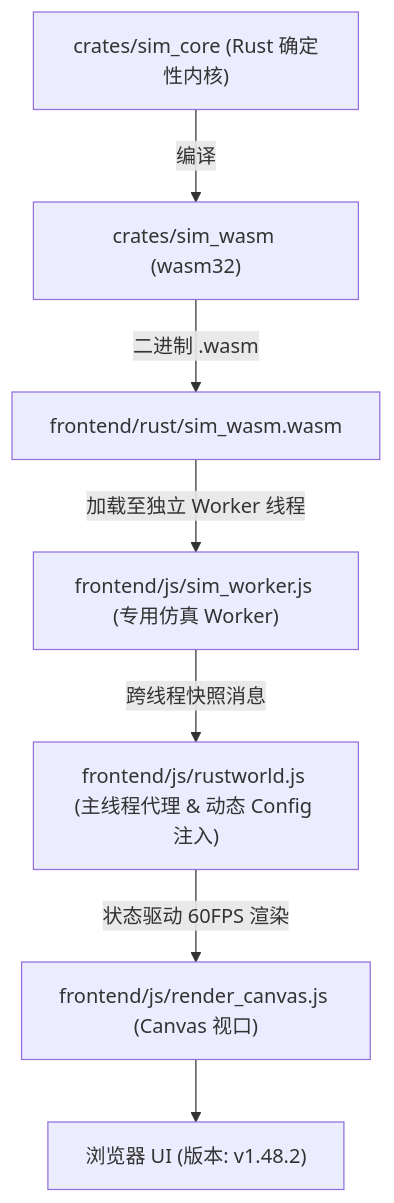
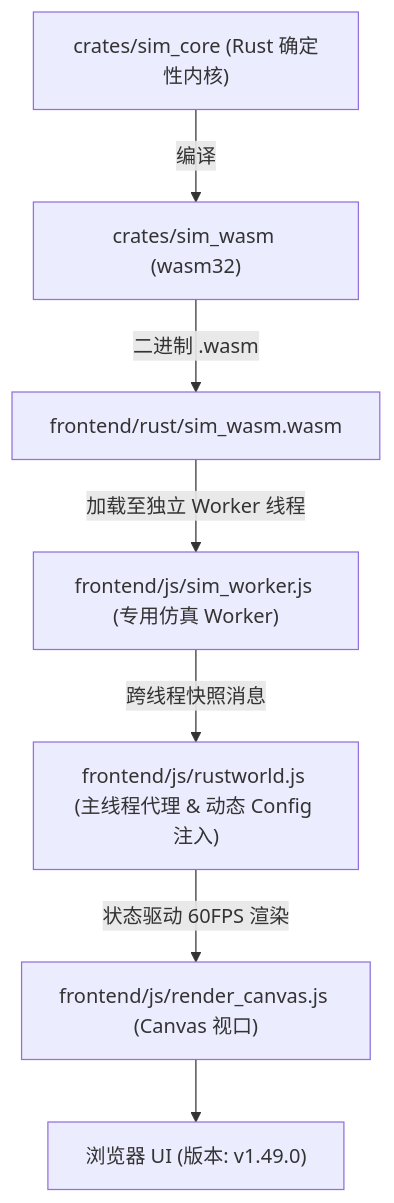
The diagram in AGENTS.md (g39088902/FlowAndAccord), drawn with Mermaid before and after one commit. The commit also changed other lines of this file and 15 other files, not shown here.

````diff
--- a/AGENTS.md
+++ b/AGENTS.md
@@ -61,9 +61,9 @@
 ```mermaid
 graph TD
     A["crates/sim_core (Rust 确定性内核)"] -->|编译| B["crates/sim_wasm (wasm32)"]
     B -->|二进制 .wasm| C["frontend/rust/sim_wasm.wasm"]
     C -->|加载至独立 Worker 线程| D["frontend/js/sim_worker.js (专用仿真 Worker)"]
     D -->|跨线程快照消息| E["frontend/js/rustworld.js (主线程代理 & 动态 Config 注入)"]
     E -->|状态驱动 60FPS 渲染| F["frontend/js/render_canvas.js (Canvas 视口)"]
-    F --> G["浏览器 UI (版本: v1.48.2)"]
+    F --> G["浏览器 UI (版本: v1.49.0)"]
 ```
````
